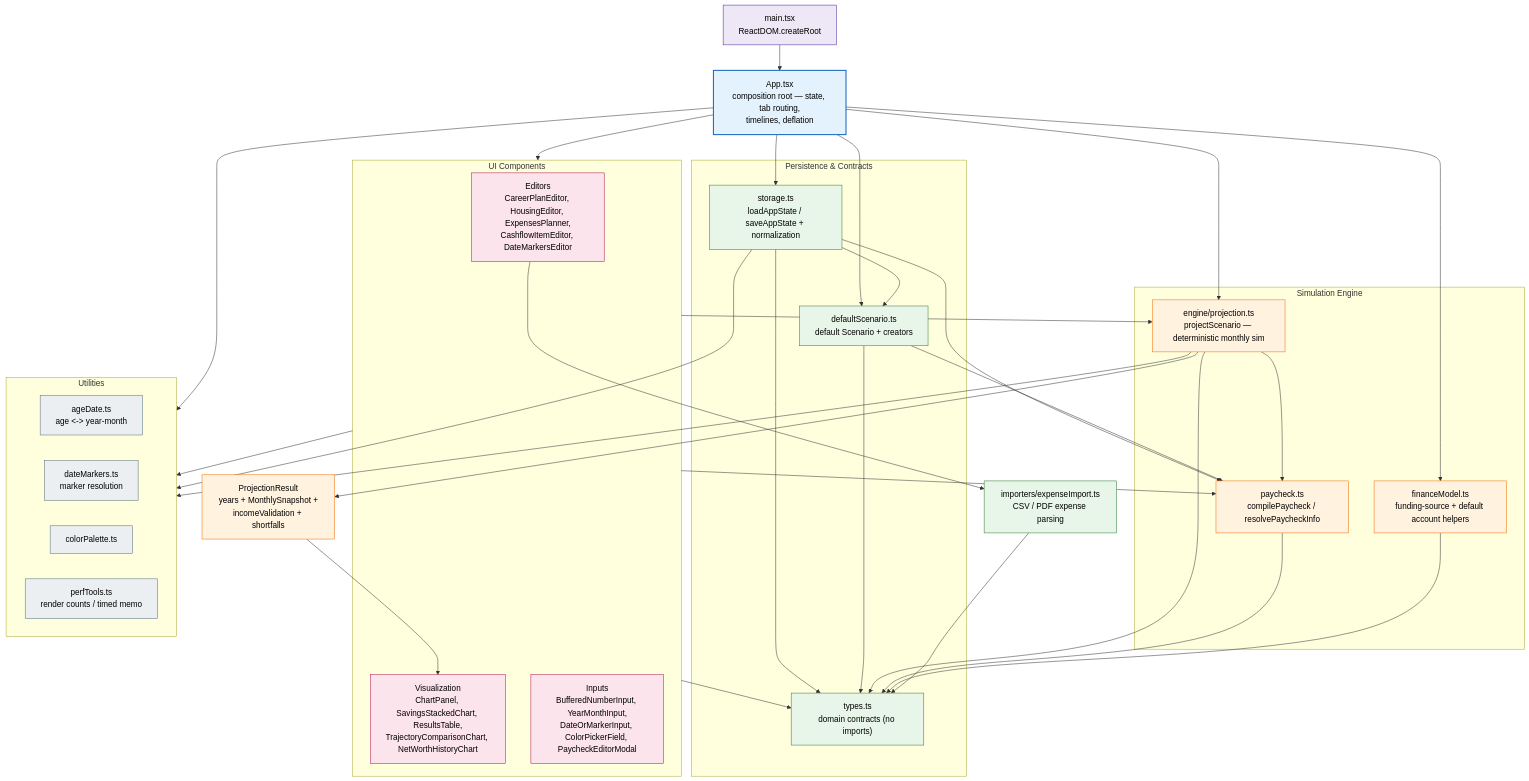
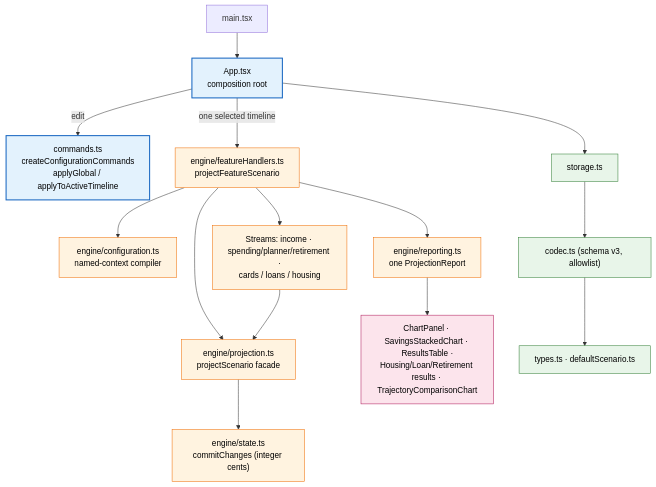
One commit to DRAWNBOX/Finance-Planner changed the first of 2 diagrams in README.md. Above: the diagram before and after it, drawn with Mermaid. The commit also changed other lines of this file and 41 other files, not shown here.

````diff
--- a/README.md
+++ b/README.md
@@ -13,70 +32,21 @@
 ```mermaid
 flowchart TD
-  classDef entry fill:#ede7f6,stroke:#4527a0,color:#000;
   classDef core fill:#e3f2fd,stroke:#1565c0,color:#000,stroke-width:2px;
+  classDef engine fill:#fff3e0,stroke:#ef6c00,color:#000;
   classDef persist fill:#e8f5e9,stroke:#2e7d32,color:#000;
-  classDef engine fill:#fff3e0,stroke:#ef6c00,color:#000;
-  classDef ui fill:#fce4ec,stroke:#ad1457,color:#000;
-  classDef util fill:#eceff1,stroke:#546e7a,color:#000;
+  classDef view fill:#fce4ec,stroke:#ad1457,color:#000;
 
-  Main["main.tsx<br/>ReactDOM.createRoot"]:::entry
-  App["App.tsx<br/>composition root — state, tab routing,<br/>timelines, deflation"]:::core
-
-  subgraph Persistence["Persistence & Contracts"]
-    Storage["storage.ts<br/>loadAppState / saveAppState + normalization"]:::persist
-    Defaults["defaultScenario.ts<br/>default Scenario + creators"]:::persist
-    Types["types.ts<br/>domain contracts (no imports)"]:::persist
-  end
-
-  subgraph Engine["Simulation Engine"]
-    Projection["engine/projection.ts<br/>projectScenario — deterministic monthly sim"]:::engine
-    Paycheck["paycheck.ts<br/>compilePaycheck / resolvePaycheckInfo"]:::engine
-    FinanceModel["financeModel.ts<br/>funding-source + default account helpers"]:::engine
-  end
-
-  subgraph Components["UI Components"]
-    Editors["Editors<br/>CareerPlanEditor, HousingEditor, ExpensesPlanner,<br/>CashflowItemEditor, DateMarkersEditor"]:::ui
-    Visuals["Visualization<br/>ChartPanel, SavingsStackedChart, ResultsTable,<br/>TrajectoryComparisonChart, NetWorthHistoryChart"]:::ui
-    Inputs["Inputs<br/>BufferedNumberInput, YearMonthInput,<br/>DateOrMarkerInput, ColorPickerField, PaycheckEditorModal"]:::ui
-  end
-
-  subgraph Utils["Utilities"]
-    AgeDate["ageDate.ts<br/>age &lt;-&gt; year-month"]:::util
-    DateMarkers["dateMarkers.ts<br/>marker resolution"]:::util
-    ColorPalette["colorPalette.ts"]:::util
-    Perf["perfTools.ts<br/>render counts / timed memo"]:::util
-  end
-
-  Importers["importers/expenseImport.ts<br/>CSV / PDF expense parsing"]:::persist
-
-  Main --> App
-  App --> Projection
-  App --> Storage
-  App --> FinanceModel
-  App --> Defaults
-  App --> Components
-  App --> Utils
-
-  Storage --> Defaults
-  Storage --> Paycheck
-  Storage --> Utils
-  Storage --> Types
-  Defaults --> Paycheck
-  Defaults --> Types
-
-  Projection --> Paycheck
-  Projection --> Utils
-  Projection --> Types
-  Paycheck --> Types
-  FinanceModel --> Types
-
-  Components --> Projection
-  Components --> Paycheck
-  Components --> Utils
-  Components --> Types
-  Editors --> Importers
-  Importers --> Types
-
-  Projection --> Results["ProjectionResult<br/>years + MonthlySnapshot +<br/>incomeValidation + shortfalls"]:::engine
-  Results --> Visuals
+  Main["main.tsx"] --> App["App.tsx<br/>composition root"]:::core
+  App -->|"edit"| Cmd["commands.ts<br/>createConfigurationCommands<br/>applyGlobal / applyToActiveTimeline"]:::core
+  App -->|"one selected timeline"| FH["engine/featureHandlers.ts<br/>projectFeatureScenario"]:::engine
+  FH --> Cfg["engine/configuration.ts<br/>named-context compiler"]:::engine
+  FH --> Proj["engine/projection.ts<br/>projectScenario facade"]:::engine
+  Proj --> State["engine/state.ts<br/>commitChanges (integer cents)"]:::engine
+  FH --> Streams["Streams: income · spending/planner/retirement ·<br/>cards / loans / housing"]:::engine
+  Streams --> Proj
+  FH --> Report["engine/reporting.ts<br/>one ProjectionReport"]:::engine
+  Report --> Views["ChartPanel · SavingsStackedChart · ResultsTable ·<br/>Housing/Loan/Retirement results · TrajectoryComparisonChart"]:::view
+  App --> Store["storage.ts"]:::persist
+  Store --> Codec["codec.ts (schema v3, allowlist)"]:::persist
+  Codec --> Types["types.ts · defaultScenario.ts"]:::persist
 ```
````
